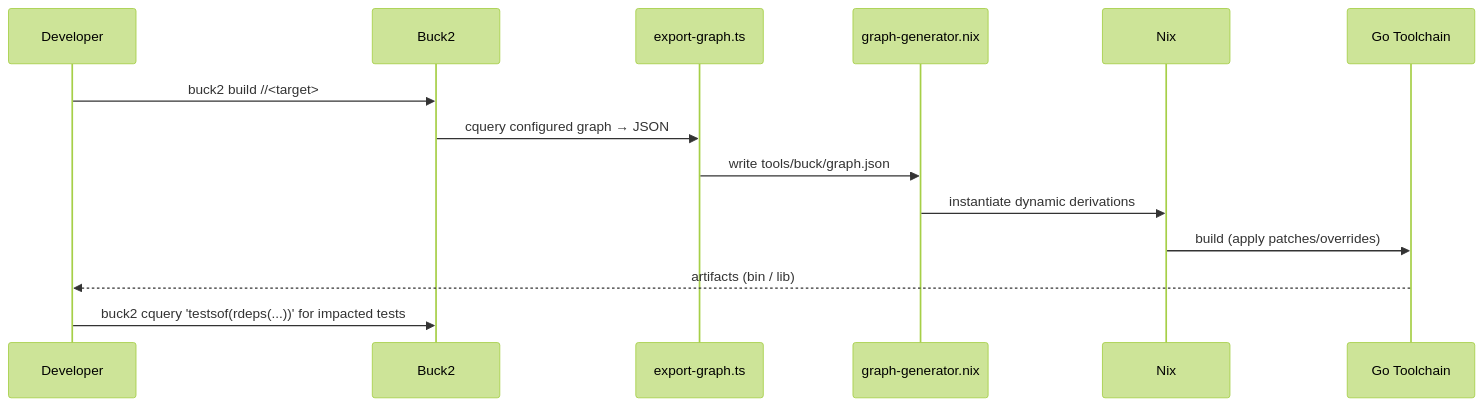
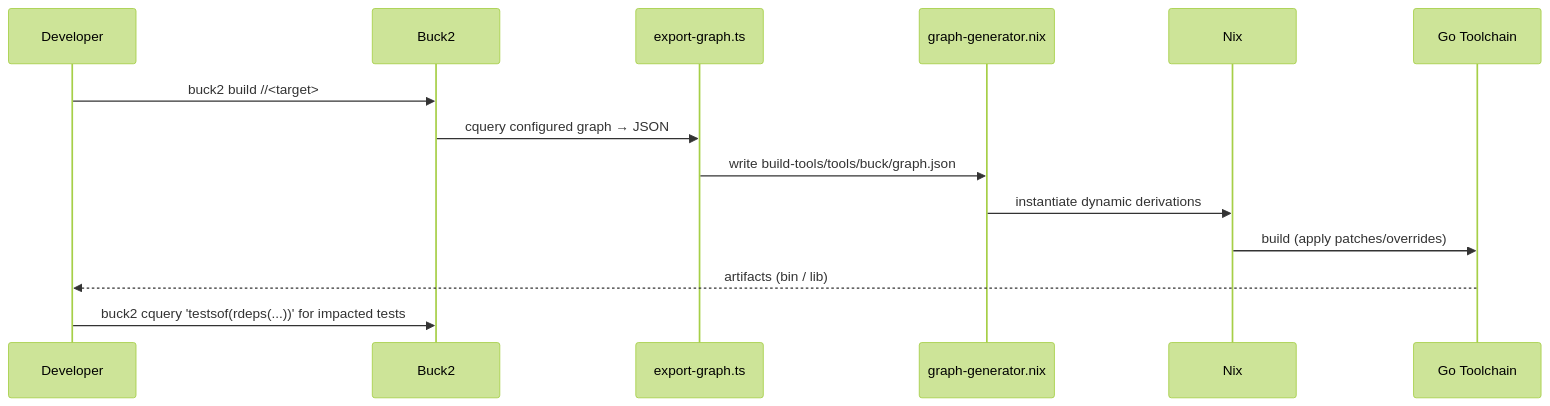
Before and after one commit to viberoots/viberoots: the second of 2 diagrams in build-tools/docs/build-system-design.md, drawn with Mermaid (forest theme). The commit also changed other lines of this file and 2213 other files, not shown here.

````diff
--- a/build-tools/docs/build-system-design.md
+++ b/build-tools/docs/build-system-design.md
@@ -582,17 +582,17 @@
 ```mermaid
 sequenceDiagram
   participant Dev as Developer
   participant Buck as Buck2
   participant ZX as export-graph.ts
   participant GG as graph-generator.nix
   participant Nix as Nix
   participant Go as Go Toolchain
 
   Dev->>Buck: buck2 build //<target>
   Buck->>ZX: cquery configured graph → JSON
-  ZX->>GG: write tools/buck/graph.json
+  ZX->>GG: write build-tools/tools/buck/graph.json
   GG->>Nix: instantiate dynamic derivations
   Nix->>Go: build (apply patches/overrides)
   Go-->>Dev: artifacts (bin / lib)
   Dev->>Buck: buck2 cquery 'testsof(rdeps(...))' for impacted tests
 ```
````
